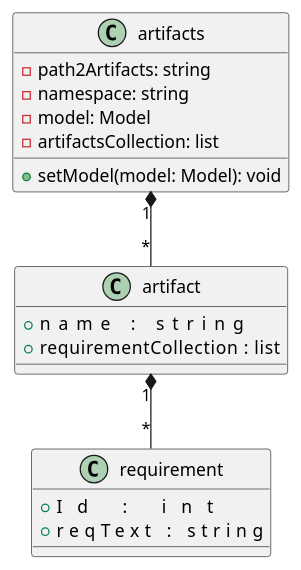
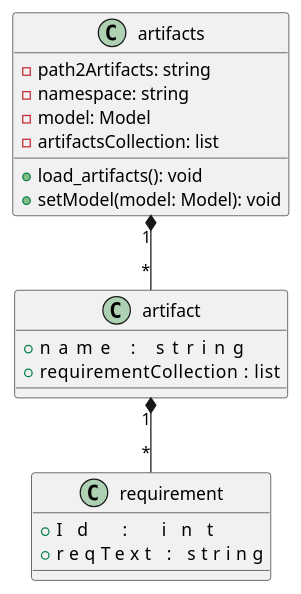
The diagram in Models/class.puml (lfpneto/NLP2RE_Sandbox), drawn with PlantUML before and after one commit. The commit also changed 6 other files, not shown here.

```diff
--- a/Models/class.puml
+++ b/Models/class.puml
@@ -1,24 +1,25 @@
 @startuml class
 
 class artifacts {
     - path2Artifacts: string
     - namespace: string
     - model: Model
     - artifactsCollection: list
 
+    + load_artifacts(): void
     + setModel(model: Model): void
 }
 
 class artifact {
     + name                      : string
     + requirementCollection     : list
 }
 
 class requirement {
     + Id                        : int
     + reqText                   : string
 }
 
 artifacts   "1" *-- "*" artifact
 artifact    "1" *-- "*" requirement
 @enduml
```
